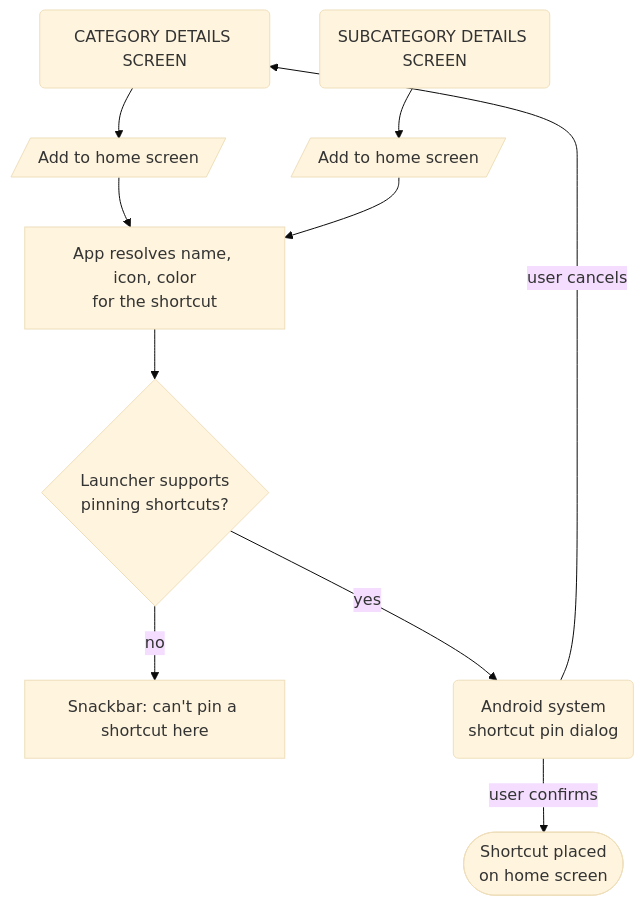
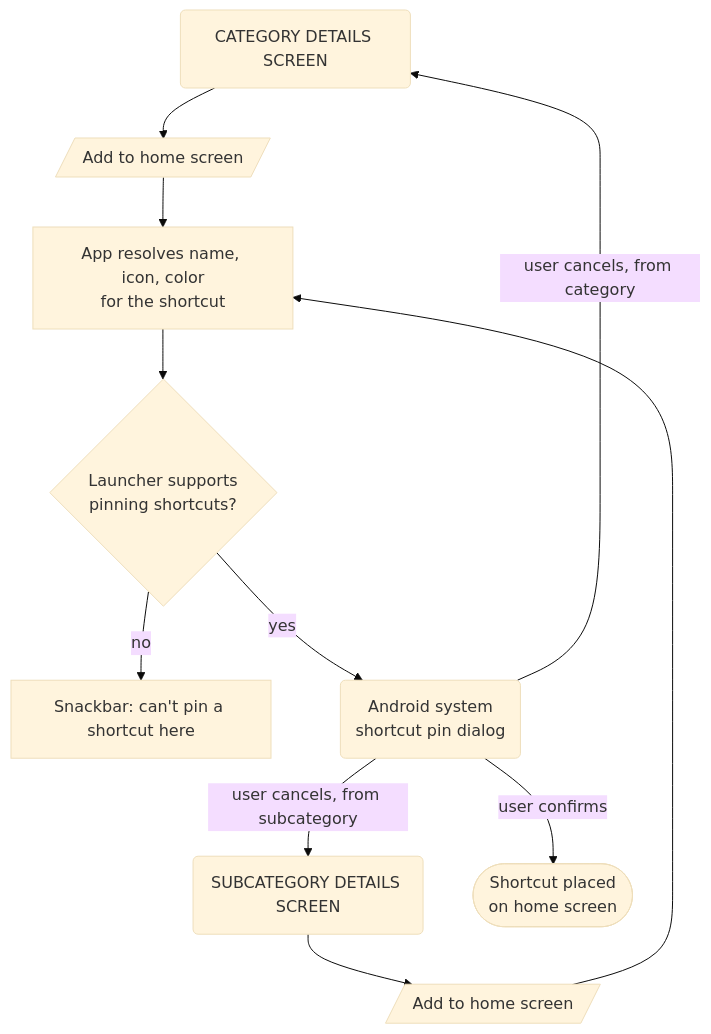
Before and after one commit to rmakowiecki/Flashcards: the first of 3 diagrams in docs/user-flow/shortcuts.md, drawn with Mermaid (base theme).

Commit message:
docs: fix subcategory cancel edge in shortcuts diagram

````diff
--- a/docs/user-flow/shortcuts.md
+++ b/docs/user-flow/shortcuts.md
@@ -7,14 +7,15 @@
 ```mermaid
 flowchart TD
     CatDetails(CATEGORY DETAILS SCREEN) --> TapAddCat[/Add to home screen/]
     SubcatDetails(SUBCATEGORY DETAILS SCREEN) --> TapAddSubcat[/Add to home screen/]
 
     TapAddCat --> Resolve[App resolves name, icon, color\nfor the shortcut]
     TapAddSubcat --> Resolve
 
     Resolve --> Supported{Launcher supports\npinning shortcuts?}
     Supported -->|no| Snackbar[Snackbar: can't pin a shortcut here]
     Supported -->|yes| PinDialog(Android system\nshortcut pin dialog)
     PinDialog -->|user confirms| Pinned([Shortcut placed\non home screen])
-    PinDialog -->|user cancels| CatDetails
+    PinDialog -->|user cancels, from category| CatDetails
+    PinDialog -->|user cancels, from subcategory| SubcatDetails
 ```
````
